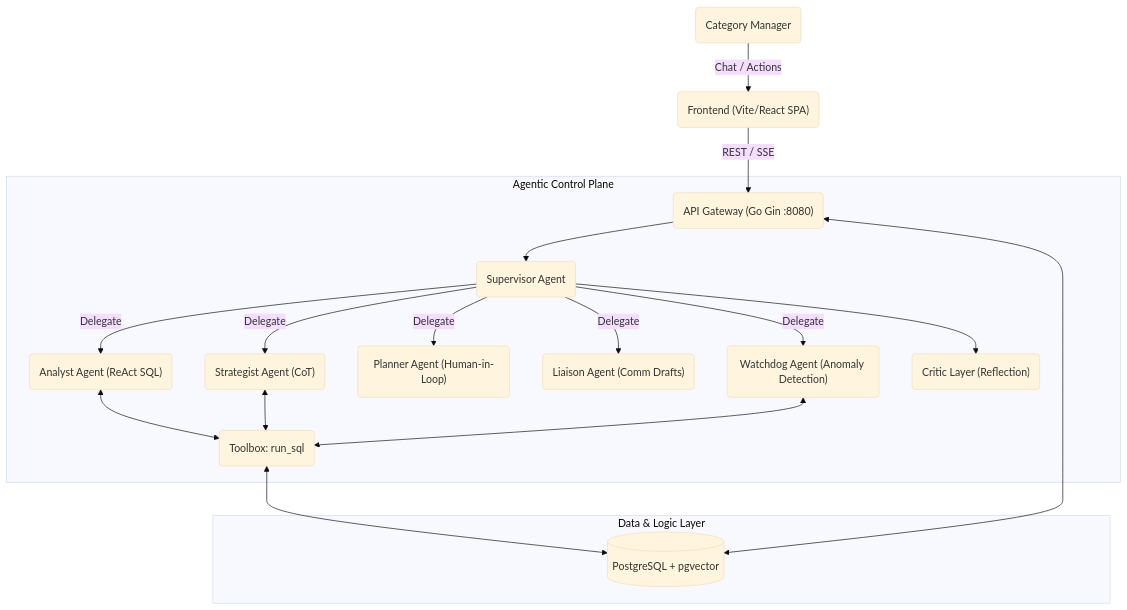
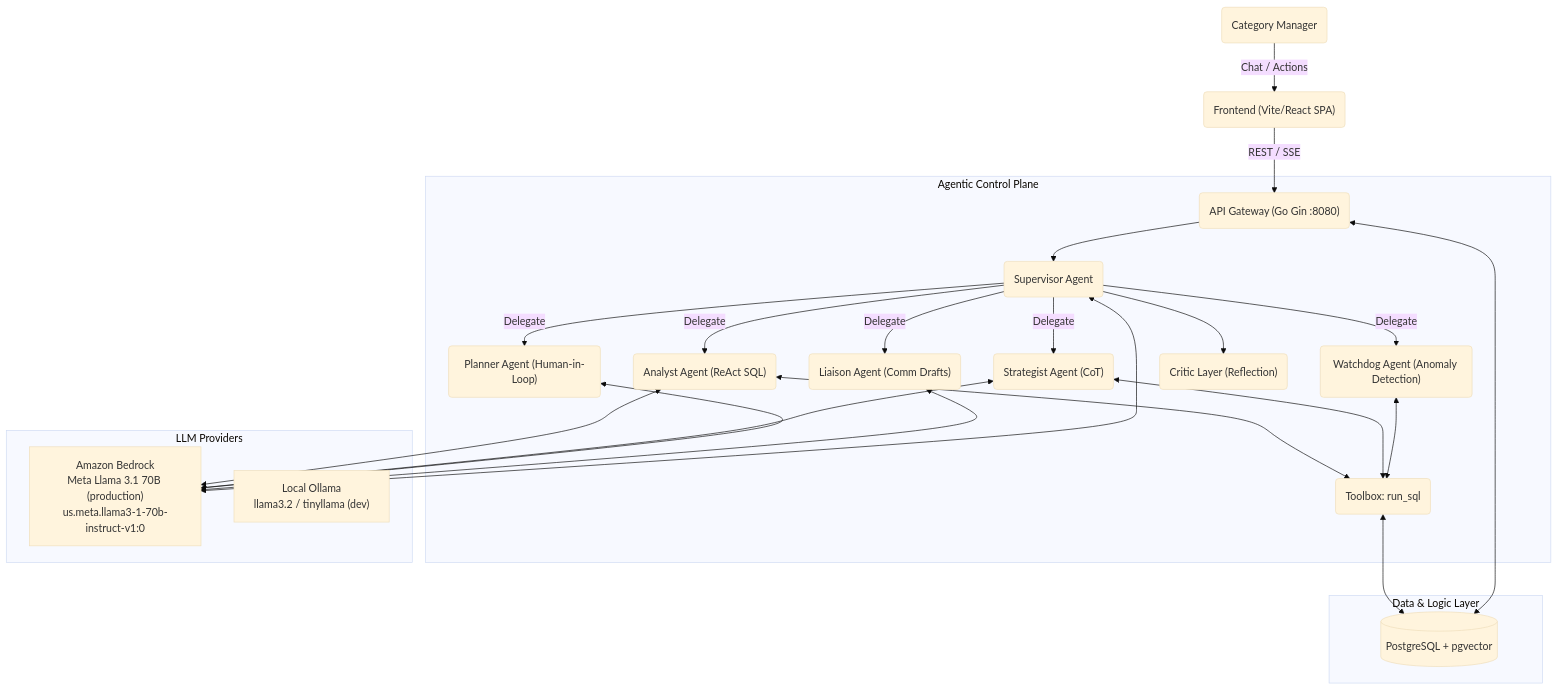
The first of 9 diagrams in docs/design_agent.md (debmalyaroy/ai-cm), drawn with Mermaid (base theme) before and after one commit. The commit also changed other lines of this file and 5 other files, not shown here.

````diff
--- a/docs/design_agent.md
+++ b/docs/design_agent.md
@@ -39,25 +39,36 @@
 ```mermaid
 graph TD
     User("Category Manager") -->|"Chat / Actions"| FE("Frontend (Vite/React SPA)")
     FE -->|"REST / SSE"| Gateway("API Gateway (Go Gin :8080)")
 
     subgraph "Agentic Control Plane"
         Gateway --> Supervisor("Supervisor Agent")
 
         Supervisor -->|"Delegate"| Analyst("Analyst Agent (ReAct SQL)")
         Supervisor -->|"Delegate"| Strategist("Strategist Agent (CoT)")
         Supervisor -->|"Delegate"| Planner("Planner Agent (Human-in-Loop)")
         Supervisor -->|"Delegate"| Liaison("Liaison Agent (Comm Drafts)")
         Supervisor -->|"Delegate"| Watchdog("Watchdog Agent (Anomaly Detection)")
         Supervisor --> Critic("Critic Layer (Reflection)")
 
         Analyst <--> Tools("Toolbox: run_sql")
         Strategist <--> Tools
         Watchdog <--> Tools
     end
 
     subgraph "Data & Logic Layer"
         Tools <--> DB[("PostgreSQL + pgvector")]
         Gateway <--> DB
     end
+
+    subgraph "LLM Providers"
+        Bedrock["Amazon Bedrock\nMeta Llama 3.1 70B (production)\nus.meta.llama3-1-70b-instruct-v1:0"]
+        Ollama["Local Ollama\nllama3.2 / tinyllama (dev)"]
+    end
+
+    Analyst <--> Bedrock
+    Strategist <--> Bedrock
+    Planner <--> Bedrock
+    Liaison <--> Bedrock
+    Supervisor <--> Bedrock
 ```
````
